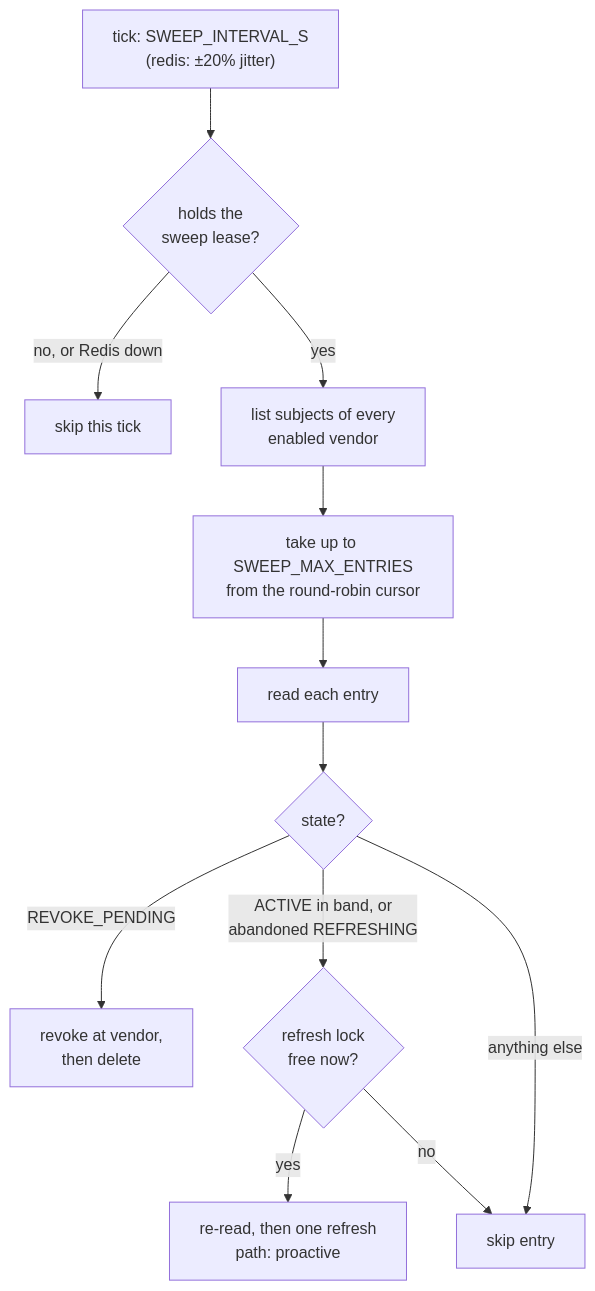
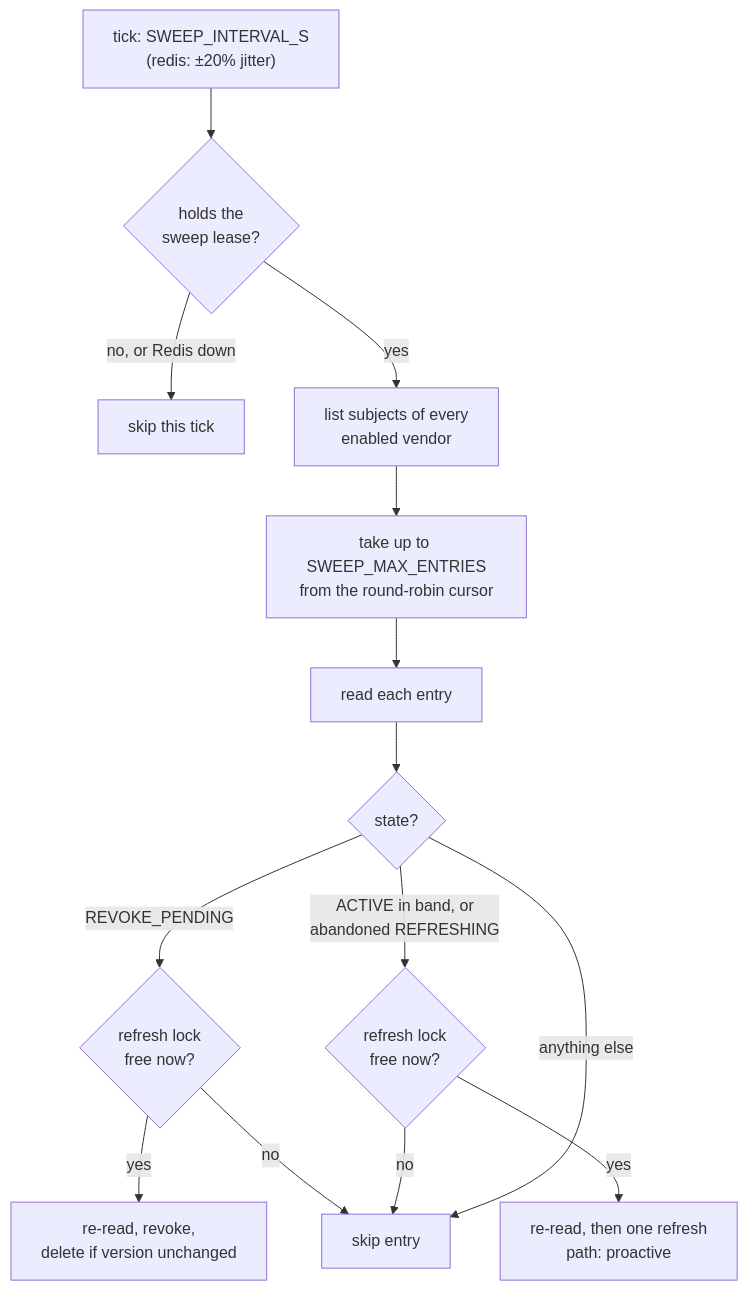
One commit to chief-builder/vendor-token-broker changed the third of 4 diagrams in docs/design.md. Above: the diagram before and after it, drawn with Mermaid. The commit also changed other lines of this file and 15 other files, not shown here.

````diff
--- a/docs/design.md
+++ b/docs/design.md
@@ -721,14 +735,16 @@
 ```mermaid
 flowchart TD
     T["tick: SWEEP_INTERVAL_S<br/>(redis: ±20% jitter)"] --> L{"holds the<br/>sweep lease?"}
     L -- "no, or Redis down" --> SKIP["skip this tick"]
     L -- yes --> LIST["list subjects of every<br/>enabled vendor"]
     LIST --> BATCH["take up to SWEEP_MAX_ENTRIES<br/>from the round-robin cursor"]
     BATCH --> READ["read each entry"]
     READ --> RP{"state?"}
-    RP -- REVOKE_PENDING --> REV["revoke at vendor,<br/>then delete"]
+    RP -- REVOKE_PENDING --> RTRY{"refresh lock<br/>free now?"}
+    RTRY -- yes --> REV["re-read, revoke,<br/>delete if version unchanged"]
+    RTRY -- no --> NEXT["skip entry"]
     RP -- "ACTIVE in band, or<br/>abandoned REFRESHING" --> TRY{"refresh lock<br/>free now?"}
     TRY -- yes --> REF["re-read, then one refresh<br/>path: proactive"]
-    TRY -- no --> NEXT["skip entry"]
+    TRY -- no --> NEXT
     RP -- "anything else" --> NEXT
 ```
````
